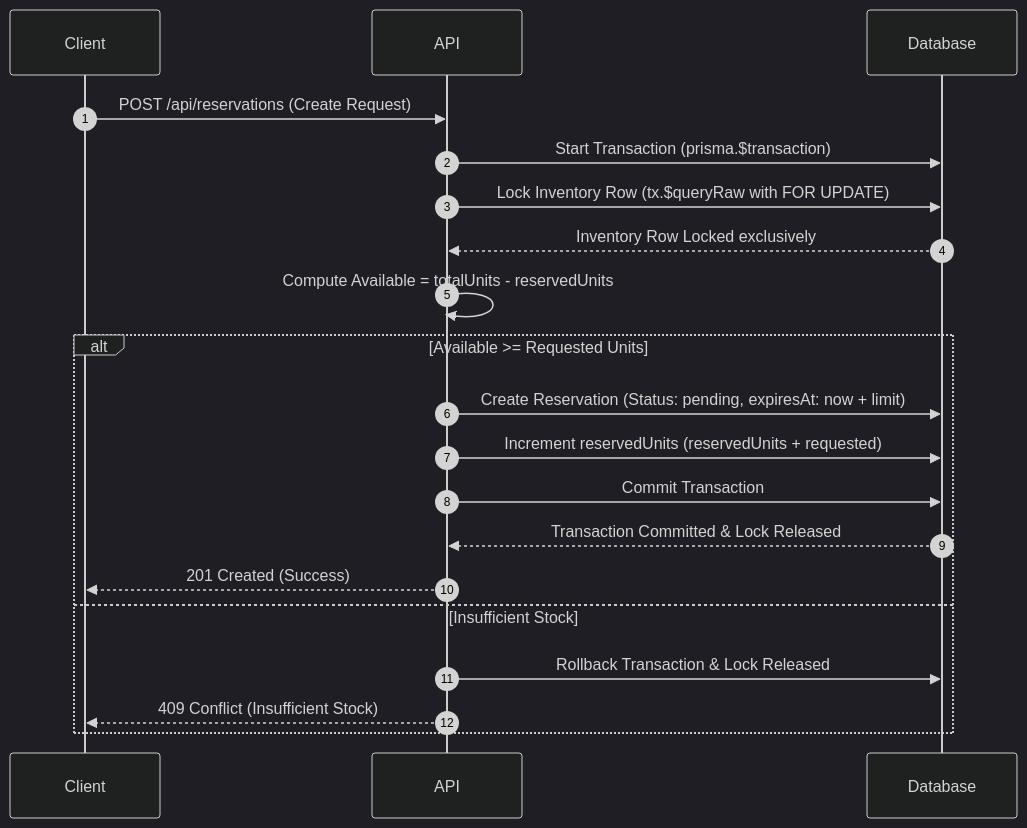
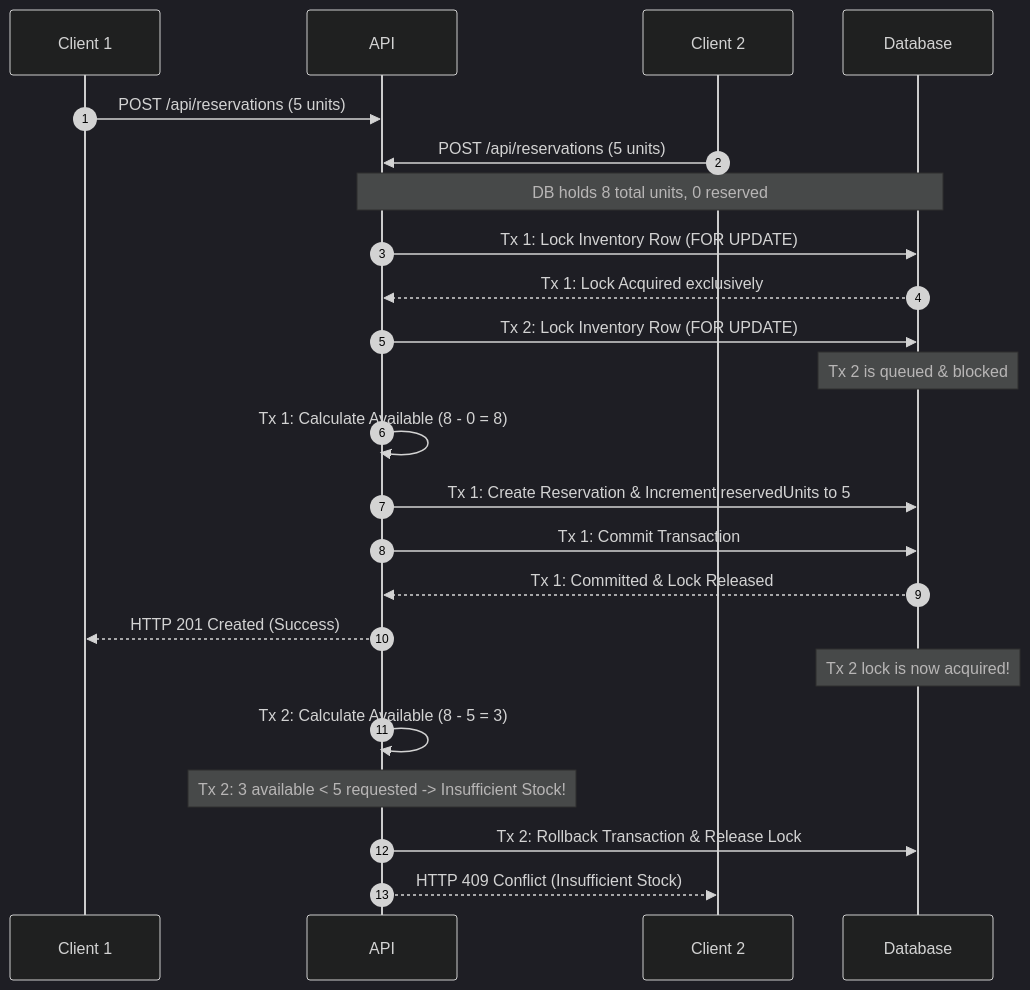
One commit to AlnZ-18/allo-inv changed the first of 3 diagrams in README.md. Above: the diagram before and after it, drawn with Mermaid (dark theme). The commit also changed other lines of this file, not shown here.

Commit message:
Finalize production-ready inventory reservation platform

````diff
--- a/README.md
+++ b/README.md
@@ -22,19 +71,21 @@
 ```mermaid
 sequenceDiagram
     autonumber
-    Client->>API: POST /api/reservations (Create Request)
-    API->>Database: Start Transaction (prisma.$transaction)
-    API->>Database: Lock Inventory Row (tx.$queryRaw with FOR UPDATE)
-    Database-->>API: Inventory Row Locked exclusively
-    API->>API: Compute Available = totalUnits - reservedUnits
-    alt Available >= Requested Units
-        API->>Database: Create Reservation (Status: pending, expiresAt: now + limit)
-        API->>Database: Increment reservedUnits (reservedUnits + requested)
-        API->>Database: Commit Transaction
-        Database-->>API: Transaction Committed & Lock Released
-        API-->>Client: 201 Created (Success)
-    else Insufficient Stock
-        API->>Database: Rollback Transaction & Lock Released
-        API-->>Client: 409 Conflict (Insufficient Stock)
-    end
+    Client 1->>API: POST /api/reservations (5 units)
+    Client 2->>API: POST /api/reservations (5 units)
+    Note over API,Database: DB holds 8 total units, 0 reserved
+    API->>Database: Tx 1: Lock Inventory Row (FOR UPDATE)
+    Database-->>API: Tx 1: Lock Acquired exclusively
+    API->>Database: Tx 2: Lock Inventory Row (FOR UPDATE)
+    Note over Database: Tx 2 is queued & blocked
+    API->>API: Tx 1: Calculate Available (8 - 0 = 8)
+    API->>Database: Tx 1: Create Reservation & Increment reservedUnits to 5
+    API->>Database: Tx 1: Commit Transaction
+    Database-->>API: Tx 1: Committed & Lock Released
+    API-->>Client 1: HTTP 201 Created (Success)
+    Note over Database: Tx 2 lock is now acquired!
+    API->>API: Tx 2: Calculate Available (8 - 5 = 3)
+    Note over API: Tx 2: 3 available < 5 requested -> Insufficient Stock!
+    API->>Database: Tx 2: Rollback Transaction & Release Lock
+    API-->>Client 2: HTTP 409 Conflict (Insufficient Stock)
 ```
````
